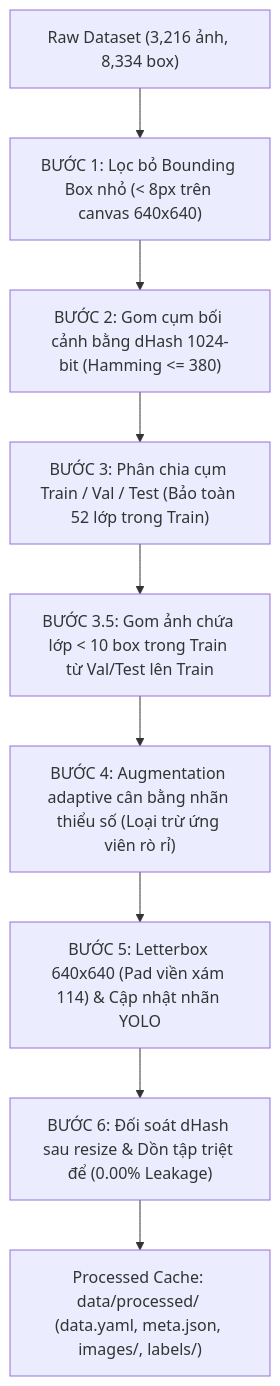
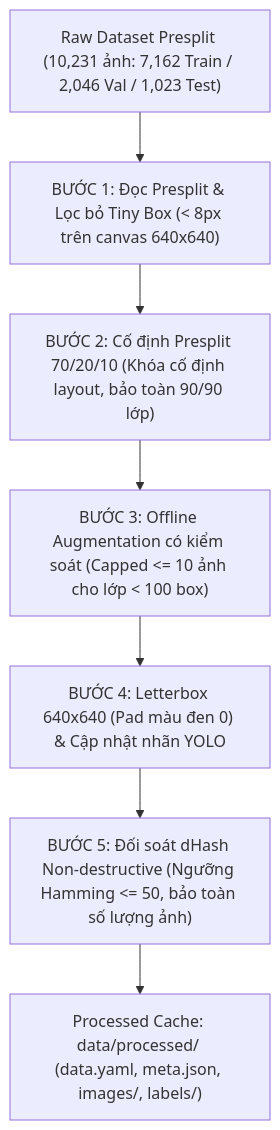
Before and after one commit to ThanhBinh2006/VN-TSD-Voice-Alert: the diagram in docs/DATA_ANALYSIS_AND_PREPROCESSING.md, drawn with Mermaid. The commit also changed other lines of this file and 6 other files, not shown here.

First line of the commit message:
refactor(data): lock preprocessing to fixed presplit and remove obsolete split logic

````diff
--- a/docs/DATA_ANALYSIS_AND_PREPROCESSING.md
+++ b/docs/DATA_ANALYSIS_AND_PREPROCESSING.md
@@ -58,11 +59,9 @@
 ```mermaid
 flowchart TD
-    A["Raw Dataset (3,216 ảnh, 8,334 box)"] --> B["BƯỚC 1: Lọc bỏ Bounding Box nhỏ (< 8px trên canvas 640x640)"]
-    B --> C["BƯỚC 2: Gom cụm bối cảnh bằng dHash 1024-bit (Hamming <= 380)"]
-    C --> D["BƯỚC 3: Phân chia cụm Train / Val / Test (Bảo toàn 52 lớp trong Train)"]
-    D --> D2["BƯỚC 3.5: Gom ảnh chứa lớp < 10 box trong Train từ Val/Test lên Train"]
-    D2 --> E["BƯỚC 4: Augmentation adaptive cân bằng nhãn thiểu số (Loại trừ ứng viên rò rỉ)"]
-    E --> F["BƯỚC 5: Letterbox 640x640 (Pad viền xám 114) & Cập nhật nhãn YOLO"]
-    F --> G["BƯỚC 6: Đối soát dHash sau resize & Dồn tập triệt để (0.00% Leakage)"]
-    G --> H["Processed Cache: data/processed/ (data.yaml, meta.json, images/, labels/)"]
+    A["Raw Dataset Presplit (10,231 ảnh: 7,162 Train / 2,046 Val / 1,023 Test)"] --> B["BƯỚC 1: Đọc Presplit & Lọc bỏ Tiny Box (< 8px trên canvas 640x640)"]
+    B --> C["BƯỚC 2: Cố định Presplit 70/20/10 (Khóa cố định layout, bảo toàn 90/90 lớp)"]
+    C --> D["BƯỚC 3: Offline Augmentation có kiểm soát (Capped <= 10 ảnh cho lớp < 100 box)"]
+    D --> E["BƯỚC 4: Letterbox 640x640 (Pad màu đen 0) & Cập nhật nhãn YOLO"]
+    E --> F["BƯỚC 5: Đối soát dHash Non-destructive (Ngưỡng Hamming <= 50, bảo toàn số lượng ảnh)"]
+    F --> G["Processed Cache: data/processed/ (data.yaml, meta.json, images/, labels/)"]
 ```
````
